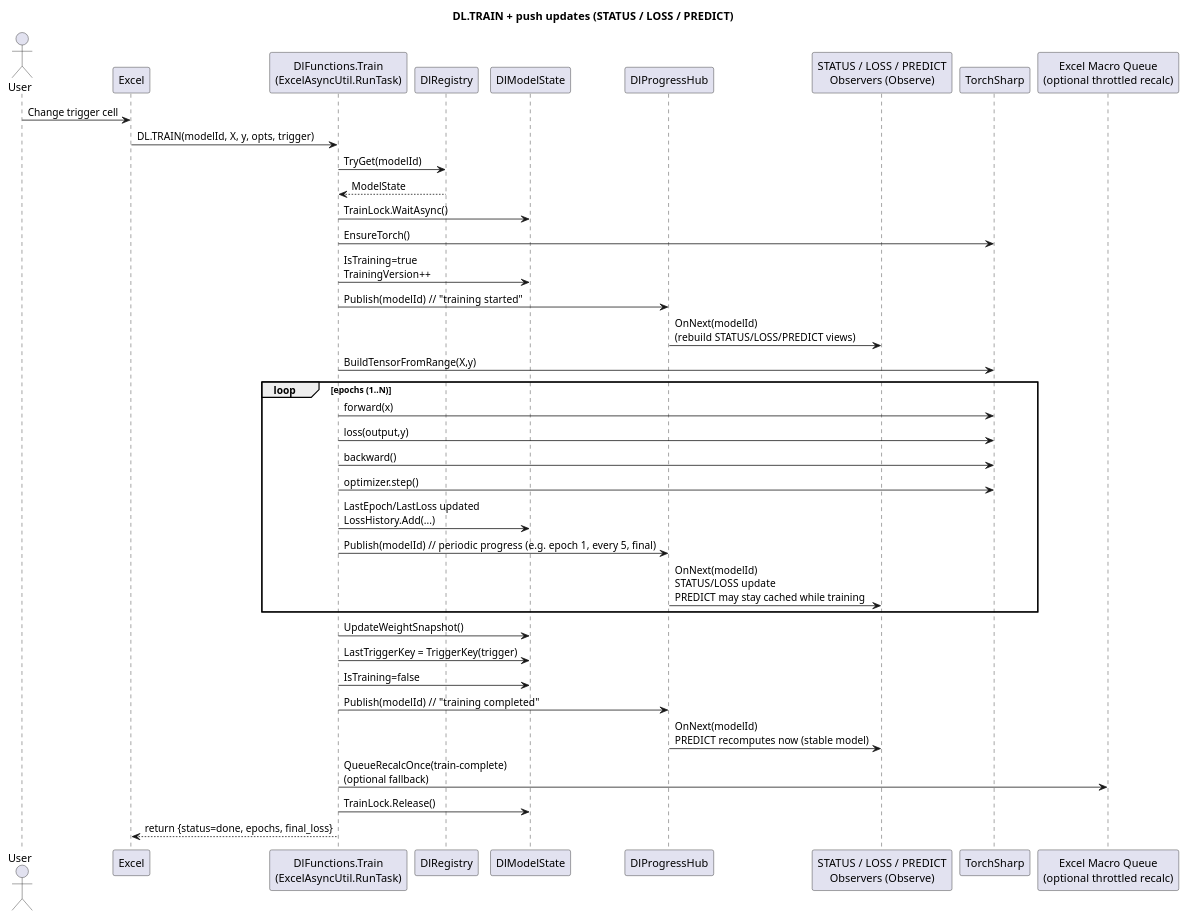
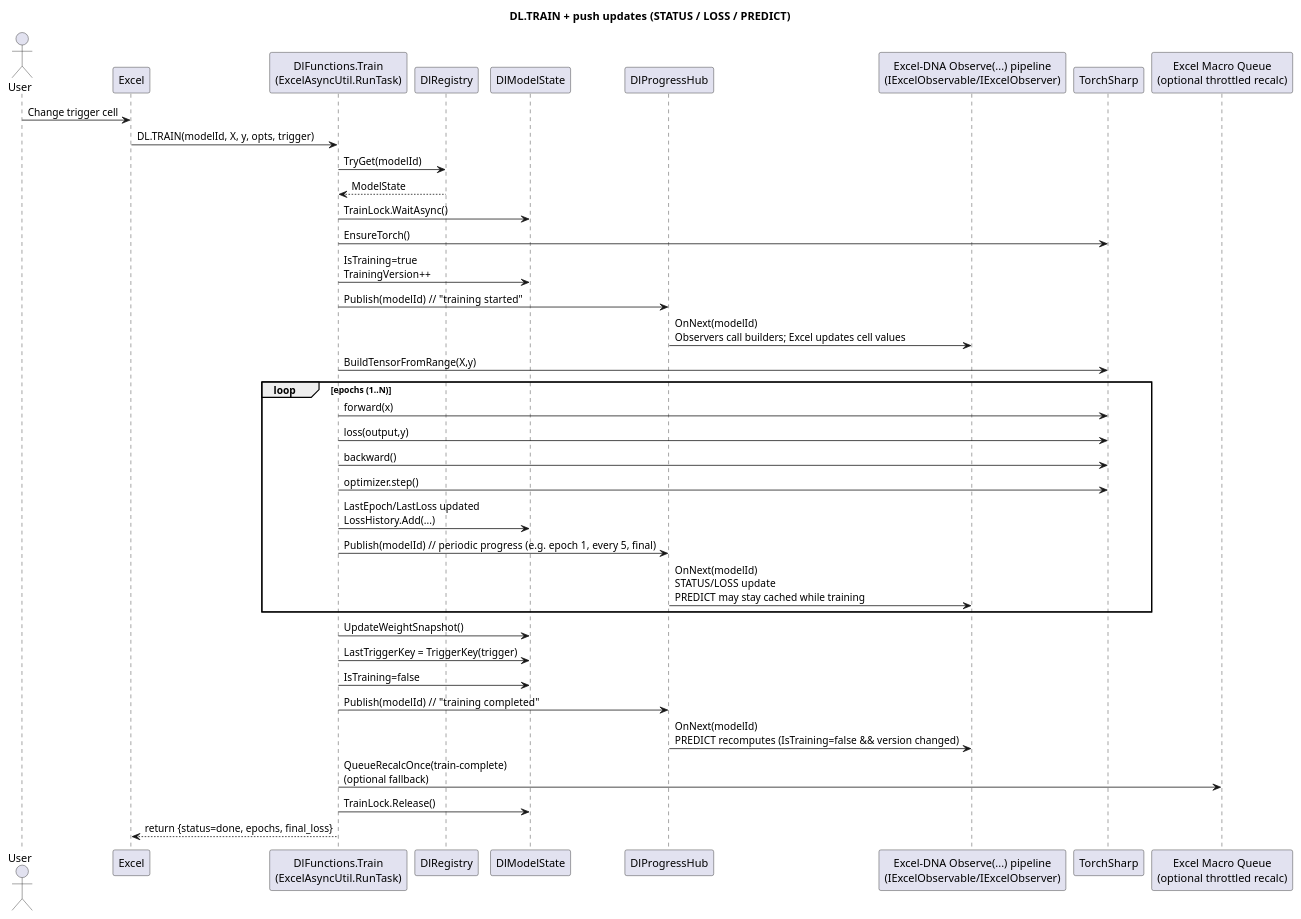
One commit to ngpepin/ExcelML changed the third of 3 diagrams in UML.md. Above: the diagram before and after it, drawn with PlantUML. The commit also changed other lines of this file and 2 other files, not shown here.

Commit message:
Docs: clarify observable semantics, MODEL_CREATE replay behavior, and Excel-DNA boundaries Tightens AGENTS.md to reflect push-based observers, caller-scoped identity, workbook-open replay, and safe locking patterns. No behavioral changes.

````diff
--- a/UML.md
+++ b/UML.md
@@ -248,51 +267,51 @@
 ```plantuml
 @startuml
 title DL.TRAIN + push updates (STATUS / LOSS / PREDICT)
 
 actor User
 participant Excel
 participant "DlFunctions.Train\n(ExcelAsyncUtil.RunTask)" as Train
 participant DlRegistry as Registry
 participant DlModelState as Model
 participant DlProgressHub as Hub
-participant "STATUS / LOSS / PREDICT\nObservers (Observe)" as Obs
+participant "Excel-DNA Observe(...) pipeline\n(IExcelObservable/IExcelObserver)" as Obs
 participant TorchSharp as Torch
 participant "Excel Macro Queue\n(optional throttled recalc)" as MacroQ
 
 User -> Excel : Change trigger cell
 Excel -> Train : DL.TRAIN(modelId, X, y, opts, trigger)
 
 Train -> Registry : TryGet(modelId)
 Registry --> Train : ModelState
 
 Train -> Model : TrainLock.WaitAsync()
 Train -> Torch : EnsureTorch()
 Train -> Model : IsTraining=true\nTrainingVersion++
 
 Train -> Hub : Publish(modelId)  // "training started"
-Hub -> Obs : OnNext(modelId)\n(rebuild STATUS/LOSS/PREDICT views)
+Hub -> Obs : OnNext(modelId)\nObservers call builders; Excel updates cell values
 
 Train -> Torch : BuildTensorFromRange(X,y)
 loop epochs (1..N)
   Train -> Torch : forward(x)
   Train -> Torch : loss(output,y)
   Train -> Torch : backward()
   Train -> Torch : optimizer.step()
   Train -> Model : LastEpoch/LastLoss updated\nLossHistory.Add(...)
   Train -> Hub : Publish(modelId)  // periodic progress (e.g. epoch 1, every 5, final)
   Hub -> Obs : OnNext(modelId)\nSTATUS/LOSS update\nPREDICT may stay cached while training
 end
 
 Train -> Model : UpdateWeightSnapshot()
 Train -> Model : LastTriggerKey = TriggerKey(trigger)
 Train -> Model : IsTraining=false
 
 Train -> Hub : Publish(modelId)  // "training completed"
-Hub -> Obs : OnNext(modelId)\nPREDICT recomputes now (stable model)
+Hub -> Obs : OnNext(modelId)\nPREDICT recomputes (IsTraining=false && version changed)
 
 Train -> MacroQ : QueueRecalcOnce(train-complete)\n(optional fallback)
 Train -> Model : TrainLock.Release()
 Train --> Excel : return {status=done, epochs, final_loss}
 
 @enduml
 ```
````
